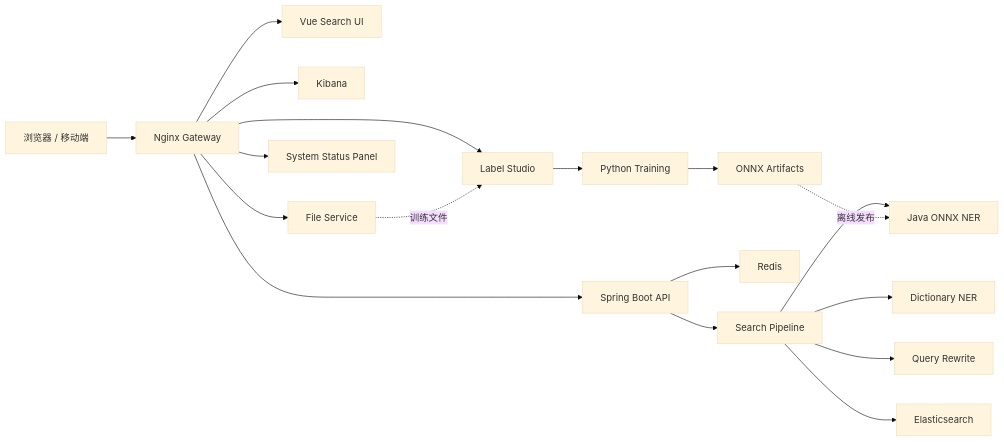
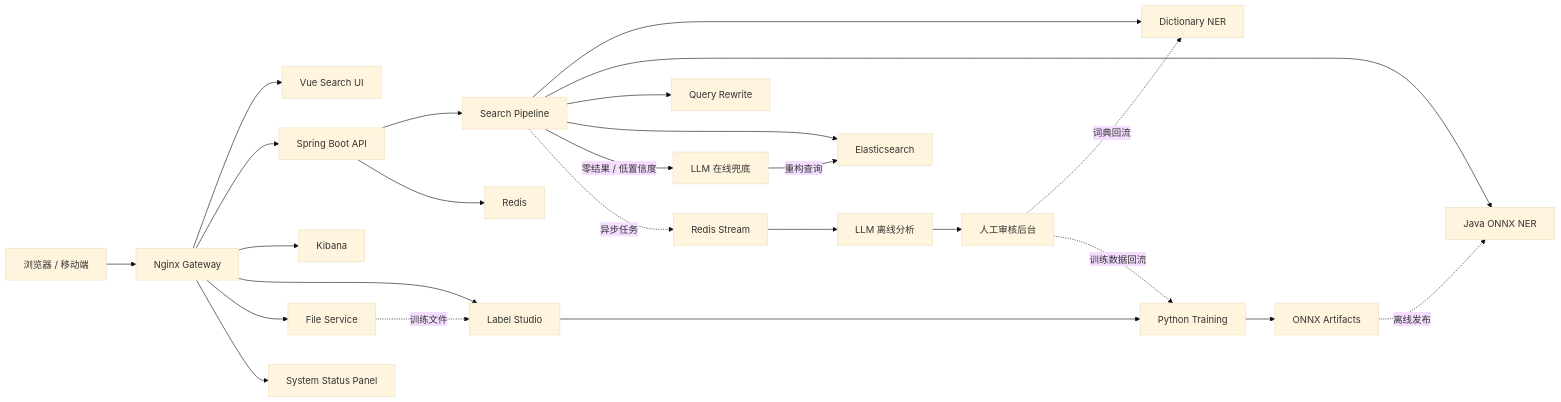
One commit to tansong33/vemall-ai-search changed the diagram in README.md. Above: the diagram before and after it, drawn with Mermaid (base theme). The commit also changed other lines of this file and 4 other files, not shown here.

First line of the commit message:
docs: 合并 NER 与 LLM 搜索链路技术方案

````diff
--- a/README.md
+++ b/README.md
@@ -45,22 +55,31 @@
 ```mermaid
 flowchart LR
     U[浏览器 / 移动端] --> N[Nginx Gateway]
     N --> V[Vue Search UI]
     N --> J[Spring Boot API]
     N --> K[Kibana]
     N --> L[Label Studio]
     N --> F[File Service]
     N --> S[System Status Panel]
 
     J --> P[Search Pipeline]
+    P --> D[Dictionary NER]
     P --> R[Java ONNX NER]
-    P --> D[Dictionary NER]
     P --> Q[Query Rewrite]
     P --> E[Elasticsearch]
     J --> C[Redis]
+
+    P -- 零结果 / 低置信度 --> G[LLM 在线兜底]
+    G -- 重构查询 --> E
+
+    P -. 异步任务 .-> X[Redis Stream]
+    X --> Y[LLM 离线分析]
+    Y --> W[人工审核后台]
+    W -. 词典回流 .-> D
+    W -. 训练数据回流 .-> T
 
     F -. 训练文件 .-> L
     L --> T[Python Training]
     T --> O[ONNX Artifacts]
     O -. 离线发布 .-> R
 ```
````
